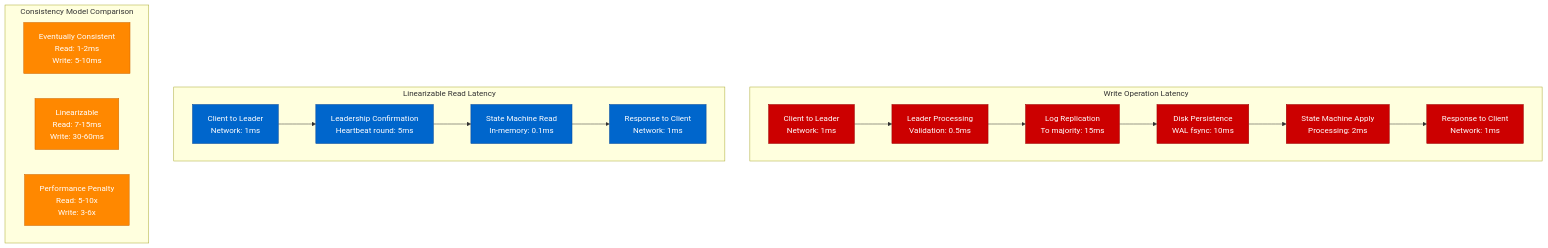
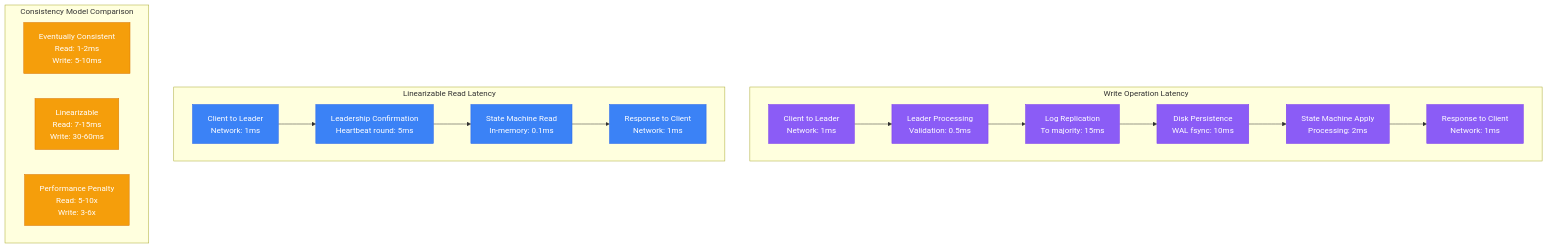
One commit to deepaucksharma/DS changed the second of 10 diagrams in site/docs/guarantees/linearizability/linearizability-performance.md. Above: the diagram before and after it, drawn with Mermaid. The commit also changed other lines of this file and 303 other files, not shown here.

````diff
--- a/site/docs/guarantees/linearizability/linearizability-performance.md
+++ b/site/docs/guarantees/linearizability/linearizability-performance.md
@@ -67,35 +67,35 @@
 ```mermaid
 graph TB
     subgraph WriteLatency[Write Operation Latency]
         W1[Client to Leader<br/>Network: 1ms]
         W2[Leader Processing<br/>Validation: 0.5ms]
         W3[Log Replication<br/>To majority: 15ms]
         W4[Disk Persistence<br/>WAL fsync: 10ms]
         W5[State Machine Apply<br/>Processing: 2ms]
         W6[Response to Client<br/>Network: 1ms]
     end
 
     subgraph ReadLatency[Linearizable Read Latency]
         R1[Client to Leader<br/>Network: 1ms]
         R2[Leadership Confirmation<br/>Heartbeat round: 5ms]
         R3[State Machine Read<br/>In-memory: 0.1ms]
         R4[Response to Client<br/>Network: 1ms]
     end
 
     subgraph LatencyComparison[Consistency Model Comparison]
         LC1[Eventually Consistent<br/>Read: 1-2ms<br/>Write: 5-10ms]
         LC2[Linearizable<br/>Read: 7-15ms<br/>Write: 30-60ms]
         LC3[Performance Penalty<br/>Read: 5-10x<br/>Write: 3-6x]
     end
 
     W1 --> W2 --> W3 --> W4 --> W5 --> W6
     R1 --> R2 --> R3 --> R4
 
-    classDef writeStyle fill:#CC0000,stroke:#990000,color:#fff
-    classDef readStyle fill:#0066CC,stroke:#004499,color:#fff
-    classDef comparisonStyle fill:#FF8800,stroke:#CC6600,color:#fff
+    classDef writeStyle fill:#8B5CF6,stroke:#7C3AED,color:#fff
+    classDef readStyle fill:#3B82F6,stroke:#2563EB,color:#fff
+    classDef comparisonStyle fill:#F59E0B,stroke:#D97706,color:#fff
 
     class W1,W2,W3,W4,W5,W6 writeStyle
     class R1,R2,R3,R4 readStyle
     class LC1,LC2,LC3 comparisonStyle
 ```
````
